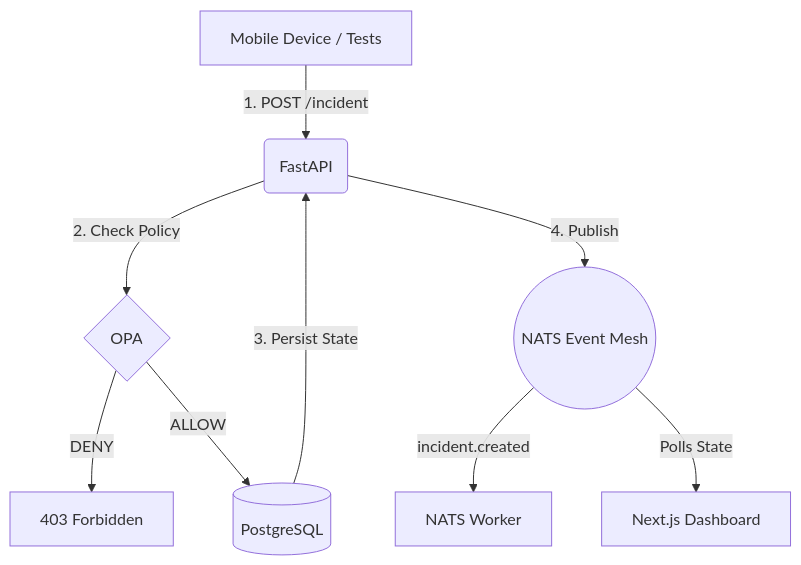
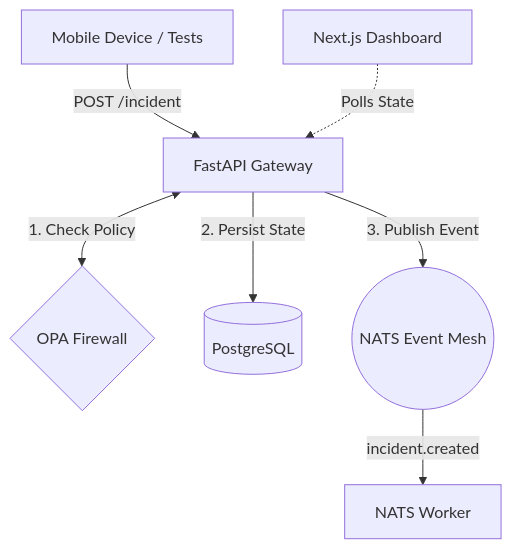
The diagram in README.md (Team-Auralis/orion), drawn with Mermaid before and after one commit.

Commit message:
fix: mermaid diagram rendering cycle bug

````diff
--- a/README.md
+++ b/README.md
@@ -15,11 +15,9 @@
 ```mermaid
 graph TD
-    A[Mobile Device / Tests] -->|1. POST /incident| B(FastAPI)
-    B -->|2. Check Policy| C{OPA}
-    C -->|DENY| D[403 Forbidden]
-    C -->|ALLOW| E[(PostgreSQL)]
-    E -->|3. Persist State| B
-    B -->|4. Publish| F((NATS Event Mesh))
-    F -->|incident.created| G[NATS Worker]
-    F -->|Polls State| H[Next.js Dashboard]
+    Client[Mobile Device / Tests] -->|POST /incident| API[FastAPI Gateway]
+    API <-->|1. Check Policy| OPA{OPA Firewall}
+    API -->|2. Persist State| DB[(PostgreSQL)]
+    API -->|3. Publish Event| NATS((NATS Event Mesh))
+    NATS -->|incident.created| Worker[NATS Worker]
+    Dashboard[Next.js Dashboard] -.->|Polls State| API
 ```
````
